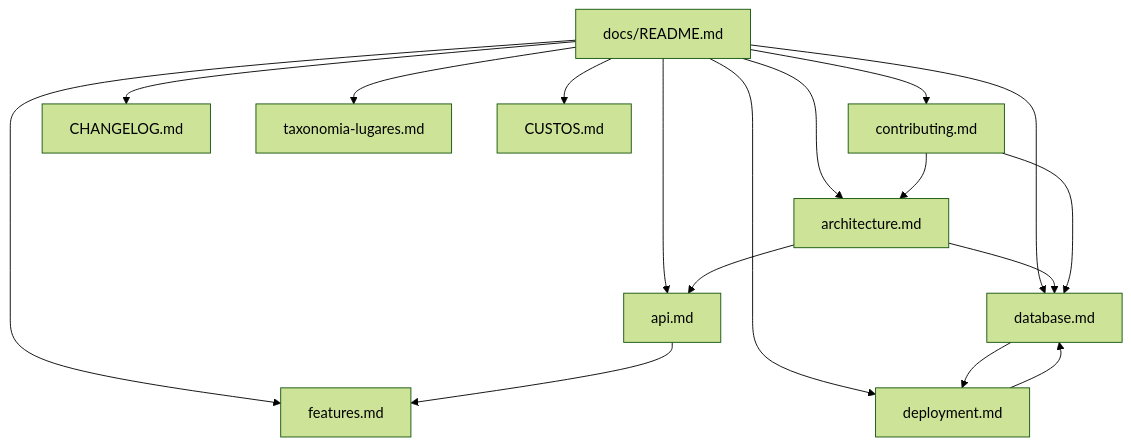
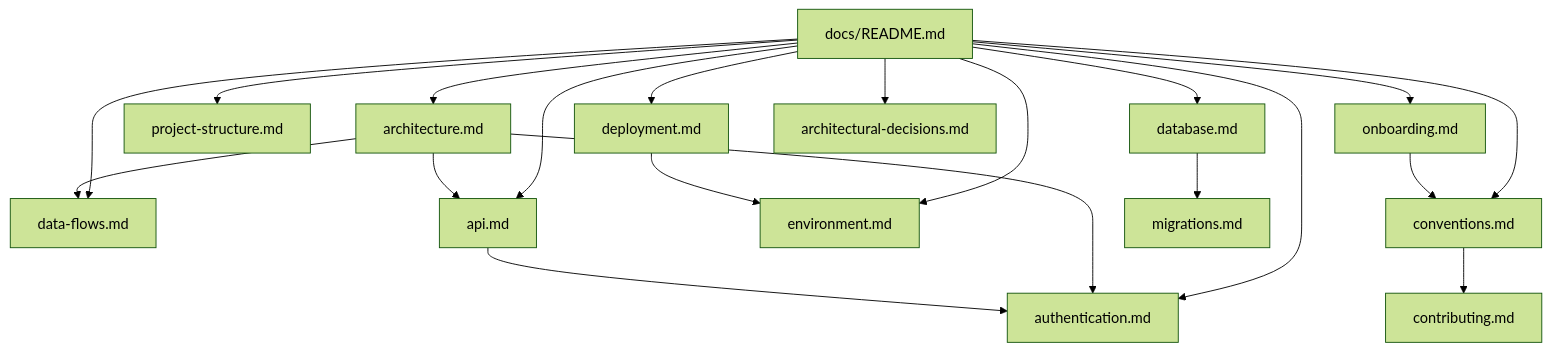
Before and after one commit to BrunoDislilerDev/guia-de-bolso: the diagram in docs/README.md, drawn with Mermaid (forest theme). The commit also changed other lines of this file and 18 other files, not shown here.

````diff
--- a/docs/README.md
+++ b/docs/README.md
@@ -116,20 +76,23 @@
 ```mermaid
 flowchart TB
-  INDEX[docs/README.md]
-  INDEX --> ARCH[architecture.md]
-  INDEX --> DB[database.md]
-  INDEX --> API[api.md]
-  INDEX --> FEAT[features.md]
-  INDEX --> DEP[deployment.md]
-  INDEX --> CONTRIB[contributing.md]
-  INDEX --> CHANGELOG[CHANGELOG.md]
-  INDEX --> TAX[taxonomia-lugares.md]
-  INDEX --> CUSTOS[CUSTOS.md]
+  HUB[docs/README.md]
+  HUB --> ONB[onboarding.md]
+  HUB --> STRUCT[project-structure.md]
+  HUB --> ARCH[architecture.md]
+  HUB --> AUTH[authentication.md]
+  HUB --> DATA[data-flows.md]
+  HUB --> API[api.md]
+  HUB --> DB[database.md]
+  HUB --> ENV[environment.md]
+  HUB --> DEP[deployment.md]
+  HUB --> ADR[architectural-decisions.md]
+  HUB --> CONV[conventions.md]
+  ARCH --> AUTH
+  ARCH --> DATA
   ARCH --> API
-  ARCH --> DB
-  DB --> DEP
-  API --> FEAT
-  CONTRIB --> ARCH
-  CONTRIB --> DB
-  DEP --> DB
+  DB --> MIG[migrations.md]
+  DEP --> ENV
+  API --> AUTH
+  ONB --> CONV
+  CONV --> CONTRIB[contributing.md]
 ```
````
